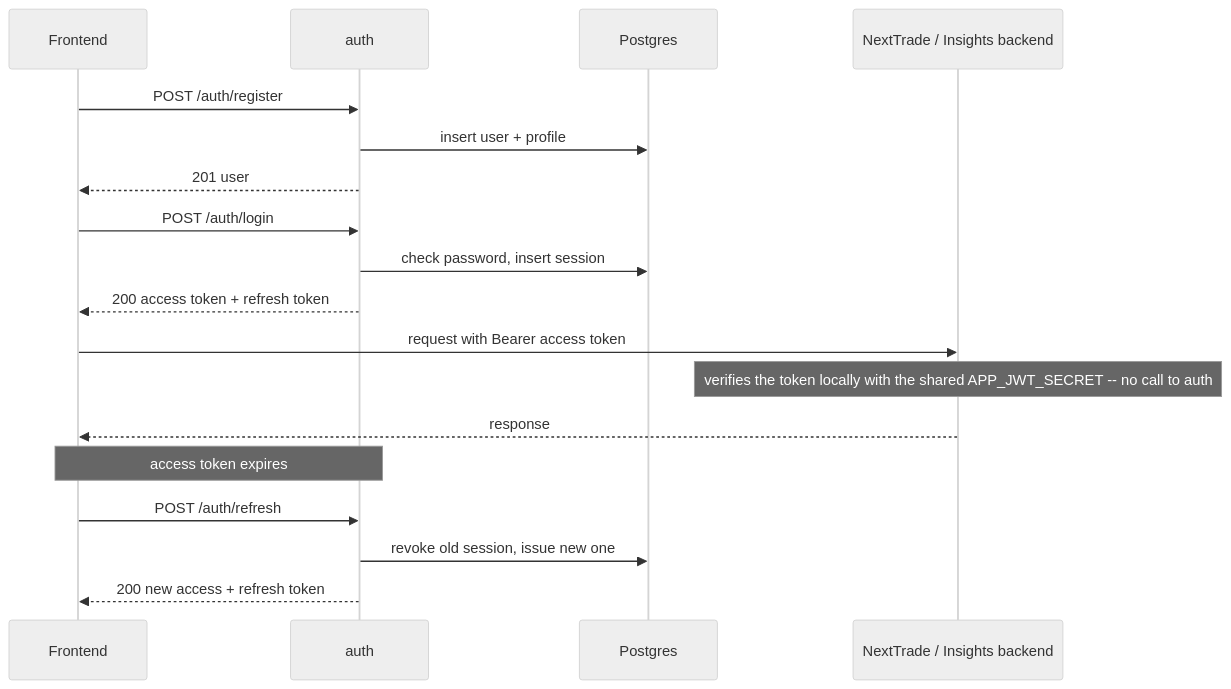
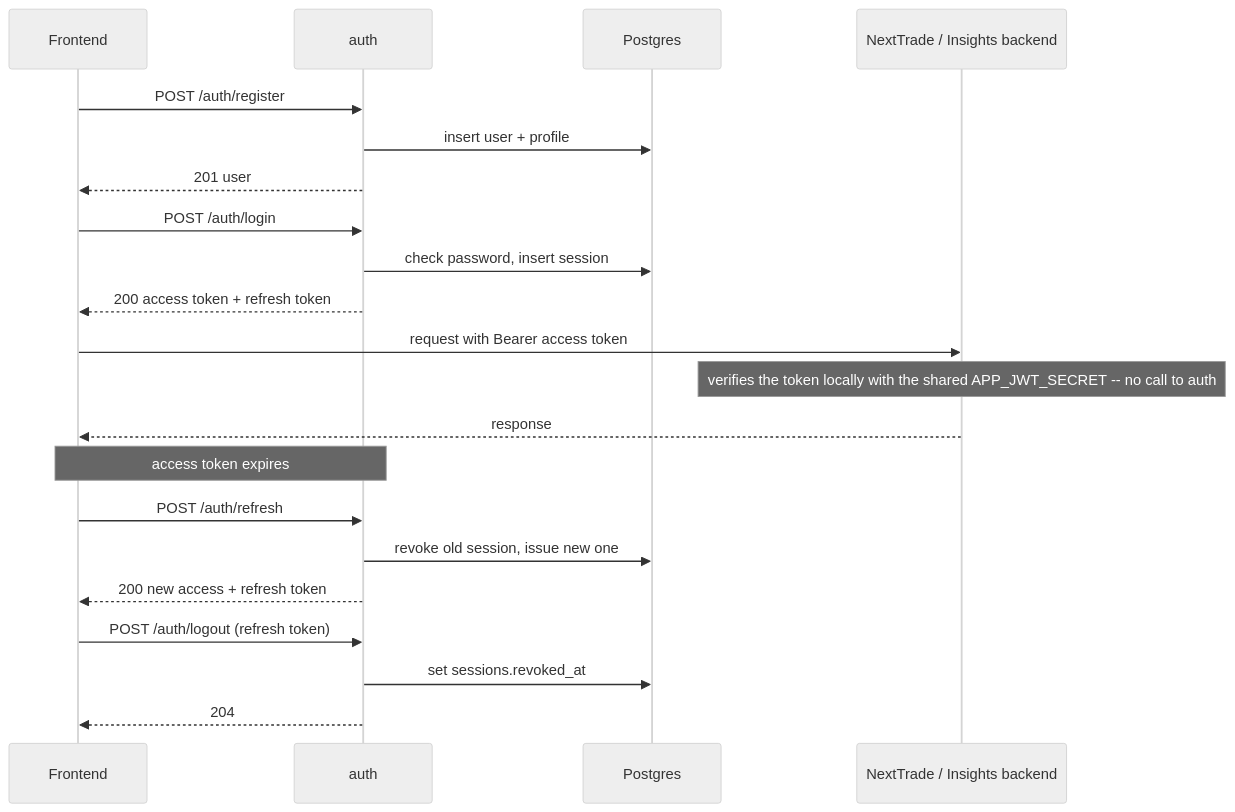
The second of 2 diagrams in auth/README.md (juliawiecek/lil-leap), drawn with Mermaid (neutral theme) before and after one commit. The commit also changed other lines of this file and 23 other files, not shown here.

````diff
--- a/auth/README.md
+++ b/auth/README.md
@@ -111,24 +116,28 @@
 ```mermaid
 sequenceDiagram
     participant FE as Frontend
     participant Auth as auth
     participant DB as Postgres
     participant BE as NextTrade / Insights backend
 
     FE->>Auth: POST /auth/register
     Auth->>DB: insert user + profile
     Auth-->>FE: 201 user
 
     FE->>Auth: POST /auth/login
     Auth->>DB: check password, insert session
     Auth-->>FE: 200 access token + refresh token
 
     FE->>BE: request with Bearer access token
     Note over BE: verifies the token locally with the shared APP_JWT_SECRET -- no call to auth
     BE-->>FE: response
 
     Note over FE,Auth: access token expires
     FE->>Auth: POST /auth/refresh
     Auth->>DB: revoke old session, issue new one
     Auth-->>FE: 200 new access + refresh token
+
+    FE->>Auth: POST /auth/logout (refresh token)
+    Auth->>DB: set sessions.revoked_at
+    Auth-->>FE: 204
 ```
````
